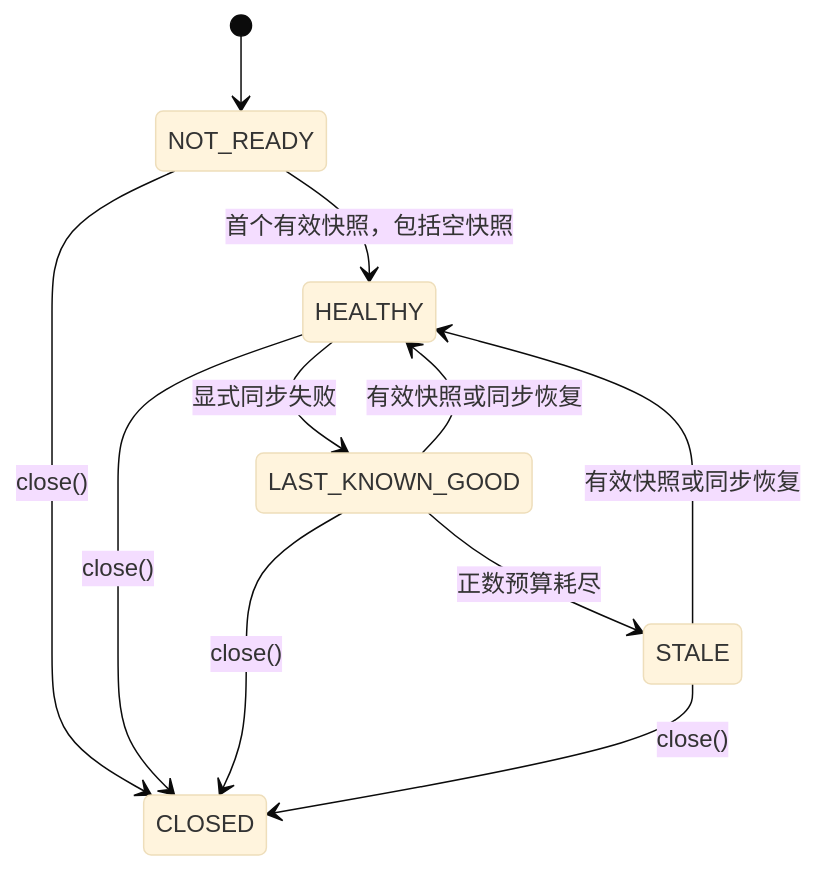
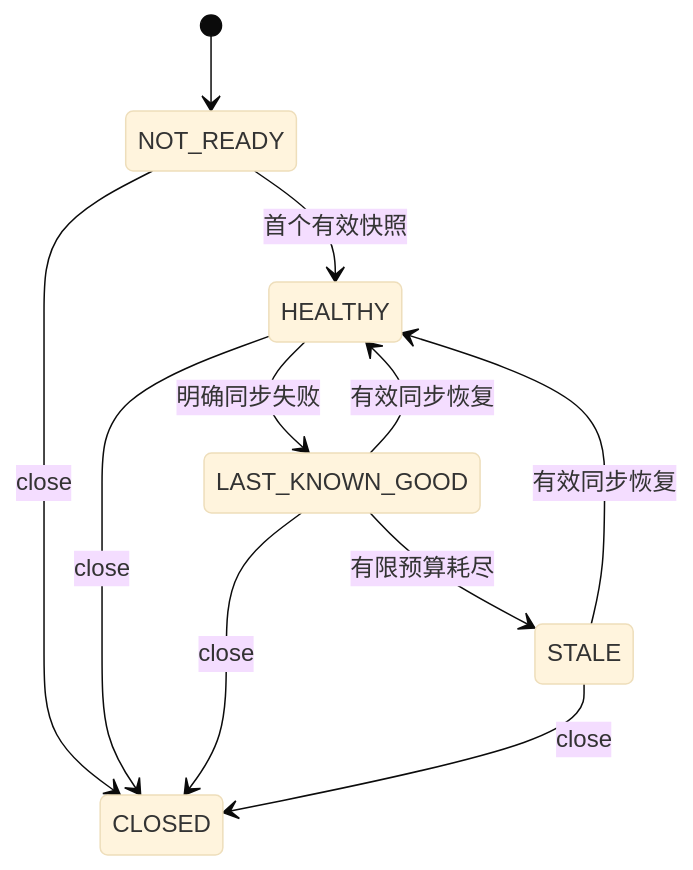
One commit to Ryan-Guizhou/otryx-rpc changed the diagram in docs/reference/registry-freshness.md. Above: the diagram before and after it, drawn with Mermaid (base theme). The commit also changed other lines of this file and 164 other files, not shown here.

````diff
--- a/docs/reference/registry-freshness.md
+++ b/docs/reference/registry-freshness.md
@@ -24,13 +22,13 @@
 ```mermaid
 stateDiagram-v2
     [*] --> NOT_READY
-    NOT_READY --> HEALTHY: 首个有效快照，包括空快照
-    HEALTHY --> LAST_KNOWN_GOOD: 显式同步失败
-    LAST_KNOWN_GOOD --> HEALTHY: 有效快照或同步恢复
-    LAST_KNOWN_GOOD --> STALE: 正数预算耗尽
-    STALE --> HEALTHY: 有效快照或同步恢复
-    NOT_READY --> CLOSED: close()
-    HEALTHY --> CLOSED: close()
-    LAST_KNOWN_GOOD --> CLOSED: close()
-    STALE --> CLOSED: close()
+    NOT_READY --> HEALTHY: 首个有效快照
+    HEALTHY --> LAST_KNOWN_GOOD: 明确同步失败
+    LAST_KNOWN_GOOD --> HEALTHY: 有效同步恢复
+    LAST_KNOWN_GOOD --> STALE: 有限预算耗尽
+    STALE --> HEALTHY: 有效同步恢复
+    NOT_READY --> CLOSED: close
+    HEALTHY --> CLOSED: close
+    LAST_KNOWN_GOOD --> CLOSED: close
+    STALE --> CLOSED: close
 ```
````
